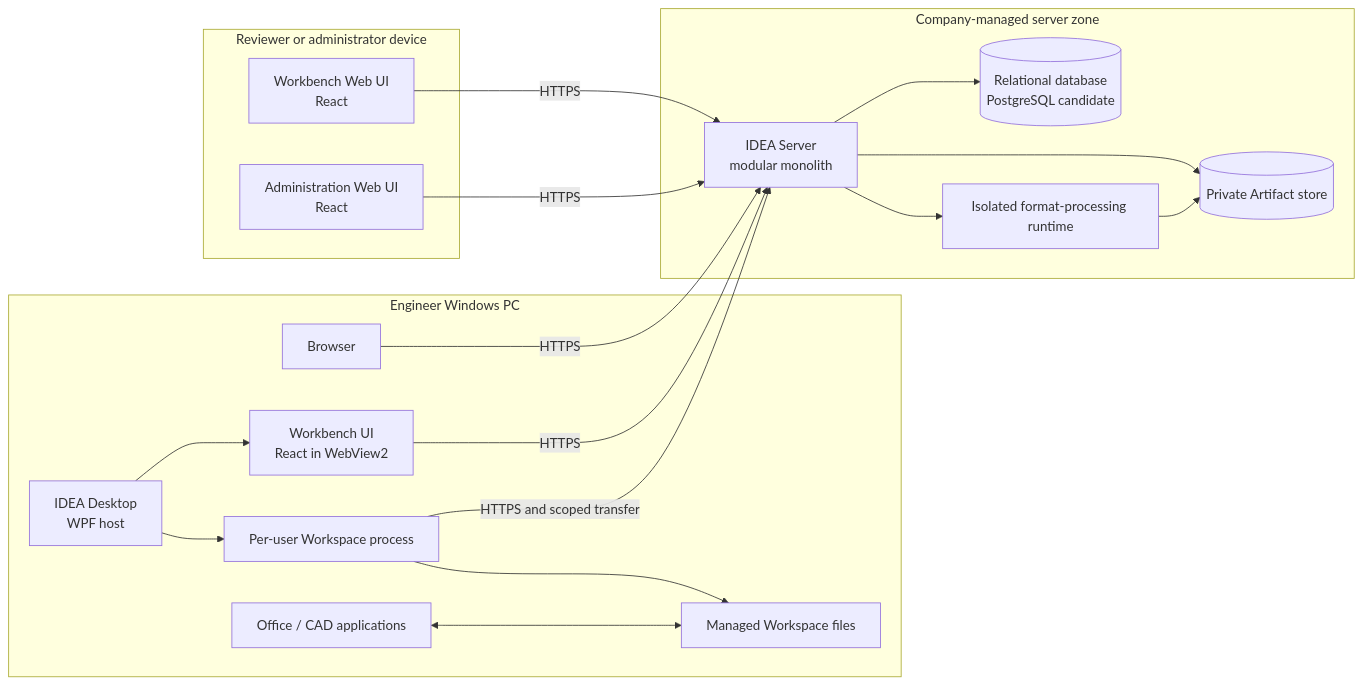
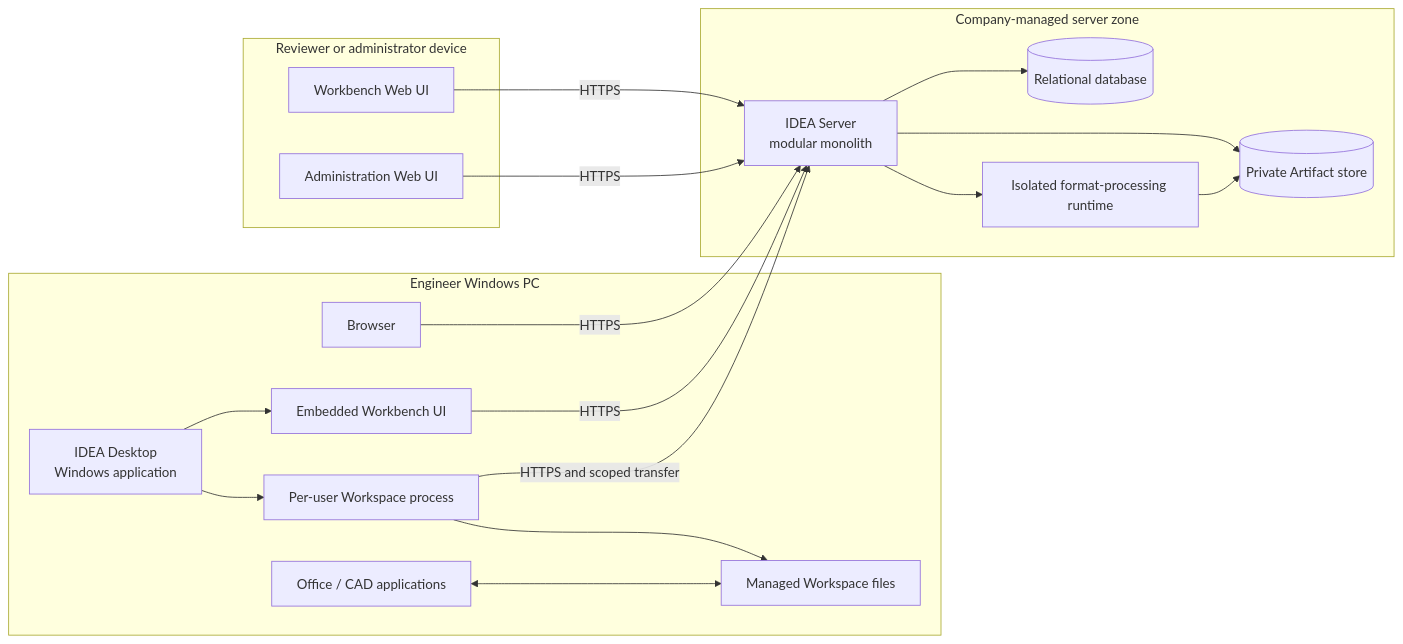
Before and after one commit to devphuclam/IDEAEngineering: the third of 26 diagrams in docs/product/instances/idea-engineering/DOC-05-architecture-description.md, drawn with Mermaid. The commit also changed other lines of this file and 76 other files, not shown here.

Commit message:
docs: complete IDEA DDM architecture views

````diff
--- a/docs/product/instances/idea-engineering/DOC-05-architecture-description.md
+++ b/docs/product/instances/idea-engineering/DOC-05-architecture-description.md
@@ -275,42 +283,42 @@
 ```mermaid
 flowchart LR
     accTitle: Candidate deployment and trust zones
     accDescr: Engineer Windows PCs run browser, Desktop, Web-rendered Workbench, per-user Workspace process and external Office or CAD tools. Reviewer and administrator devices use separate Web entry points. All cross-device calls use HTTPS to a company-managed server zone containing the server, database, private Artifact store and isolated format runtime.
 
     subgraph pc["Engineer Windows PC"]
         browser["Browser"]
-        desktop["IDEA Desktop<br/>WPF host"]
-        webview["Workbench UI<br/>React in WebView2"]
+        desktop["IDEA Desktop<br/>Windows application"]
+        webview["Embedded Workbench UI"]
         workspace["Per-user Workspace process"]
         files["Managed Workspace files"]
         tools["Office / CAD applications"]
 
         desktop --> webview
         desktop --> workspace
         workspace --> files
         tools <--> files
     end
 
     subgraph adminPc["Reviewer or administrator device"]
-        reviewWeb["Workbench Web UI<br/>React"]
-        adminWeb["Administration Web UI<br/>React"]
+        reviewWeb["Workbench Web UI"]
+        adminWeb["Administration Web UI"]
     end
 
     subgraph serverZone["Company-managed server zone"]
         server["IDEA Server<br/>modular monolith"]
-        db[("Relational database<br/>PostgreSQL candidate")]
+        db[("Relational database")]
         artifacts[("Private Artifact store")]
         format["Isolated format-processing runtime"]
 
         server --> db
         server --> artifacts
         server --> format
         format --> artifacts
     end
 
     browser -->|HTTPS| server
     webview -->|HTTPS| server
     workspace -->|HTTPS and scoped transfer| server
     reviewWeb -->|HTTPS| server
     adminWeb -->|HTTPS| server
 ```
````
